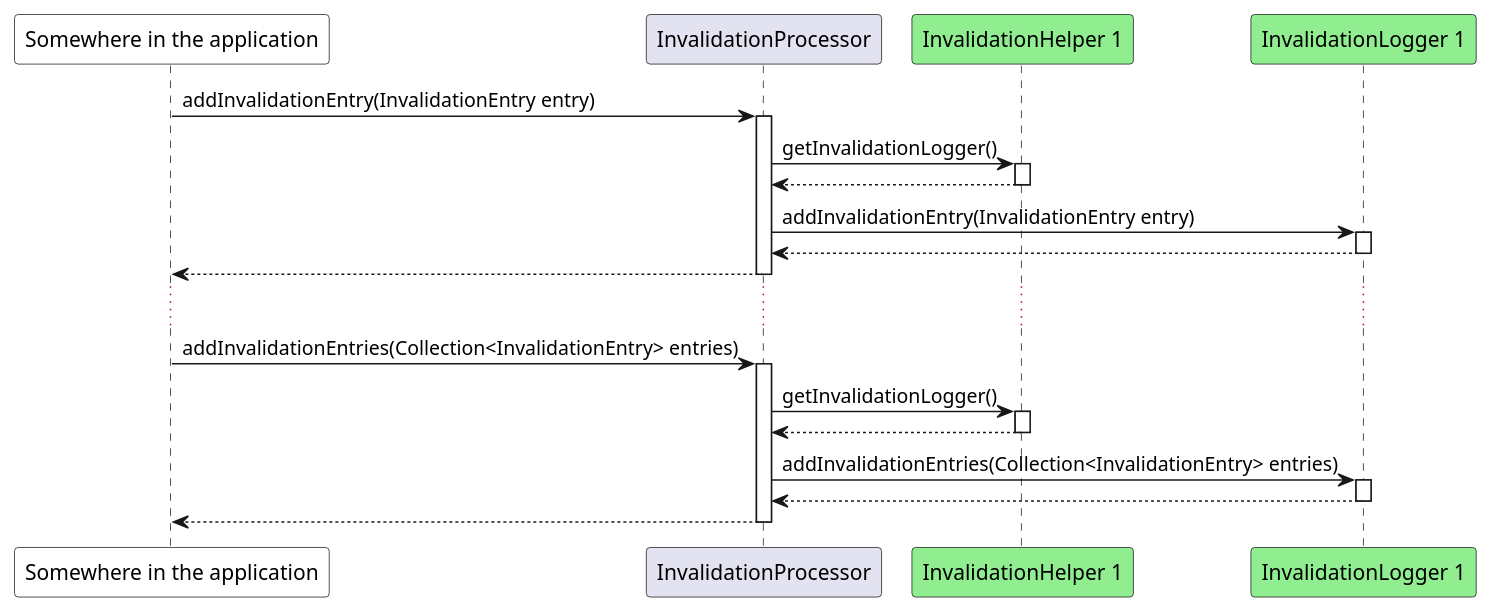
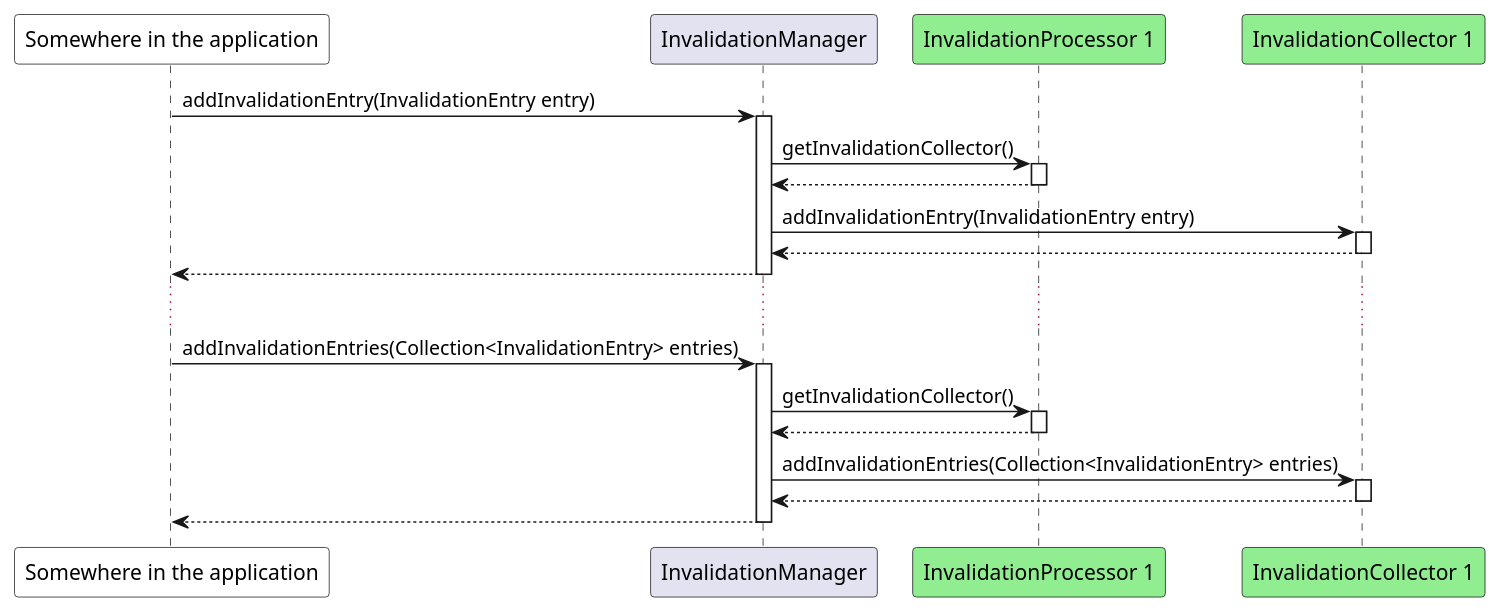
Before and after one commit to ppodgorsek/juncacher: the diagram in src/doc/uml/collect_invalidation_entries_sequence.plantuml, drawn with PlantUML. The commit also changed 9 other files, not shown here.

Commit message:
Issue #20 - Update the sequence diagram * Updated the UML diagrams * Updated the README file

```diff
--- a/src/doc/uml/collect_invalidation_entries_sequence.plantuml
+++ b/src/doc/uml/collect_invalidation_entries_sequence.plantuml
@@ -1,42 +1,42 @@
 @startuml
 
 participant "Somewhere in the application" #white
-participant "InvalidationProcessor"
-participant "InvalidationHelper 1" #lightgreen
-participant "InvalidationLogger 1" #lightgreen
+participant "InvalidationManager"
+participant "InvalidationProcessor 1" #lightgreen
+participant "InvalidationCollector 1" #lightgreen
 
-"Somewhere in the application" -> "InvalidationProcessor": addInvalidationEntry(InvalidationEntry entry)
-activate InvalidationProcessor
+"Somewhere in the application" -> "InvalidationManager": addInvalidationEntry(InvalidationEntry entry)
+activate InvalidationManager
 
-"InvalidationProcessor" -> "InvalidationHelper 1": getInvalidationLogger()
-activate "InvalidationHelper 1"
-"InvalidationHelper 1" --> "InvalidationProcessor"
-deactivate "InvalidationHelper 1"
+"InvalidationManager" -> "InvalidationProcessor 1": getInvalidationCollector()
+activate "InvalidationProcessor 1"
+"InvalidationProcessor 1" --> "InvalidationManager"
+deactivate "InvalidationProcessor 1"
 
-"InvalidationProcessor" -> "InvalidationLogger 1": addInvalidationEntry(InvalidationEntry entry)
-activate "InvalidationLogger 1"
-"InvalidationLogger 1" --> "InvalidationProcessor"
-deactivate "InvalidationLogger 1"
+"InvalidationManager" -> "InvalidationCollector 1": addInvalidationEntry(InvalidationEntry entry)
+activate "InvalidationCollector 1"
+"InvalidationCollector 1" --> "InvalidationManager"
+deactivate "InvalidationCollector 1"
 
-"InvalidationProcessor" --> "Somewhere in the application"
-deactivate InvalidationProcessor
+"InvalidationManager" --> "Somewhere in the application"
+deactivate InvalidationManager
 
 ...
 
-"Somewhere in the application" -> "InvalidationProcessor": addInvalidationEntries(Collection<InvalidationEntry> entries)
-activate InvalidationProcessor
+"Somewhere in the application" -> "InvalidationManager": addInvalidationEntries(Collection<InvalidationEntry> entries)
+activate InvalidationManager
 
-"InvalidationProcessor" -> "InvalidationHelper 1": getInvalidationLogger()
-activate "InvalidationHelper 1"
-"InvalidationHelper 1" --> "InvalidationProcessor"
-deactivate "InvalidationHelper 1"
+"InvalidationManager" -> "InvalidationProcessor 1": getInvalidationCollector()
+activate "InvalidationProcessor 1"
+"InvalidationProcessor 1" --> "InvalidationManager"
+deactivate "InvalidationProcessor 1"
 
-"InvalidationProcessor" -> "InvalidationLogger 1": addInvalidationEntries(Collection<InvalidationEntry> entries)
-activate "InvalidationLogger 1"
-"InvalidationLogger 1" --> "InvalidationProcessor"
-deactivate "InvalidationLogger 1"
+"InvalidationManager" -> "InvalidationCollector 1": addInvalidationEntries(Collection<InvalidationEntry> entries)
+activate "InvalidationCollector 1"
+"InvalidationCollector 1" --> "InvalidationManager"
+deactivate "InvalidationCollector 1"
 
-"InvalidationProcessor" --> "Somewhere in the application"
-deactivate InvalidationProcessor
+"InvalidationManager" --> "Somewhere in the application"
+deactivate InvalidationManager
 
 @enduml
```
